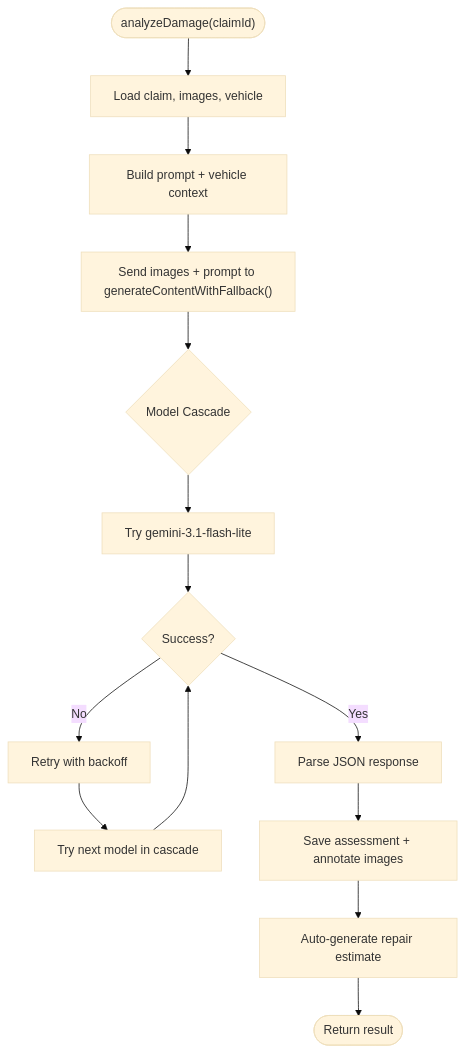
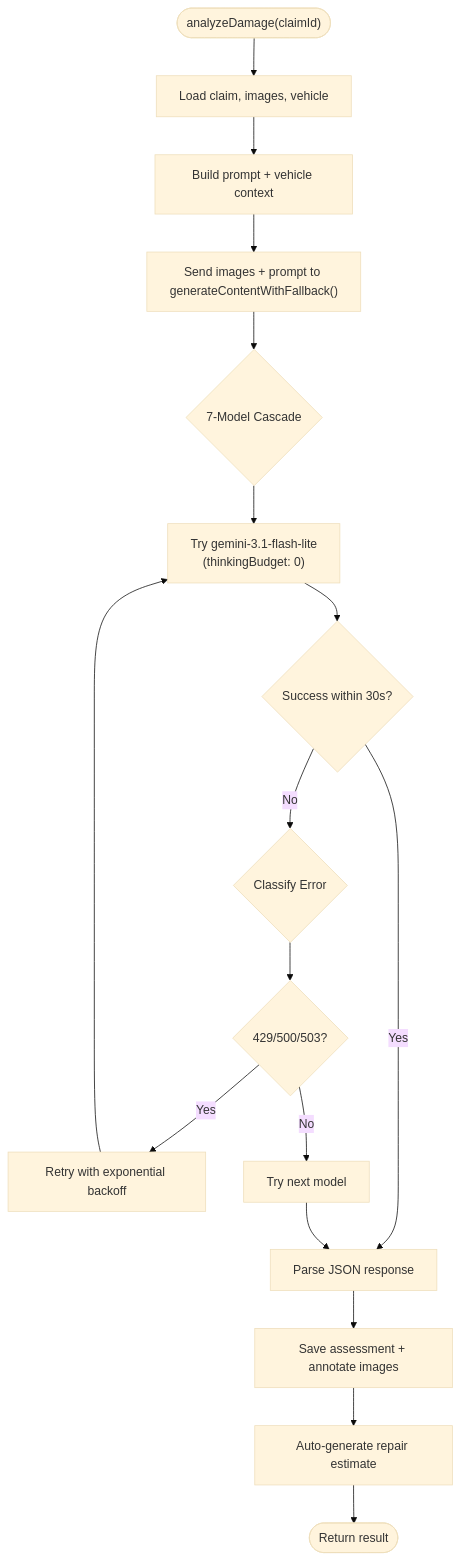
The fifth of 9 diagrams in .qoder/repowiki/en/content/AI Services Integration/AI Services Integration.md (NaveenHiranya/Smart-Vehicle-Insurance-Claim-System), drawn with Mermaid (base theme) before and after one commit. The commit also changed other lines of this file and 33 other files, not shown here.

````diff
--- a/.qoder/repowiki/en/content/AI Services Integration/AI Services Integration.md
+++ b/.qoder/repowiki/en/content/AI Services Integration/AI Services Integration.md
@@ -186,16 +190,19 @@
 ```mermaid
 flowchart TD
 Start(["analyzeDamage(claimId)"]) --> Load["Load claim, images, vehicle"]
 Load --> BuildPrompt["Build prompt + vehicle context"]
 BuildPrompt --> Send["Send images + prompt to generateContentWithFallback()"]
-Send --> Cascade{"Model Cascade"}
-Cascade --> Primary["Try gemini-3.1-flash-lite"]
-Primary --> Success{Success?}
+Send --> Cascade{"7-Model Cascade"}
+Cascade --> Primary["Try gemini-3.1-flash-lite<br/>(thinkingBudget: 0)"]
+Primary --> Success{Success within 30s?}
 Success --> |Yes| Parse["Parse JSON response"]
-Success --> |No| Retry["Retry with backoff"]
-Retry --> NextModel["Try next model in cascade"]
-NextModel --> Success
+Success --> |No| Classify{"Classify Error"}
+Classify --> RateLimit{"429/500/503?"}
+RateLimit --> |Yes| Retry["Retry with exponential backoff"]
+RateLimit --> |No| NextModel["Try next model"]
+Retry --> Primary
+NextModel --> Parse
 Parse --> Save["Save assessment + annotate images"]
 Save --> AutoEstimate["Auto-generate repair estimate"]
 AutoEstimate --> End(["Return result"])
 ```
````
